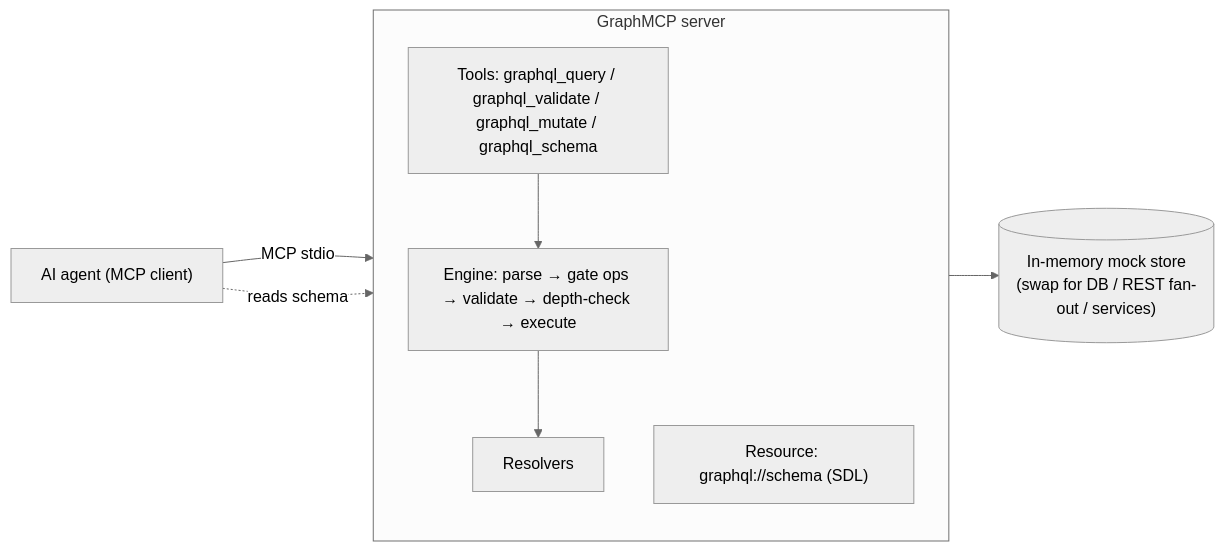
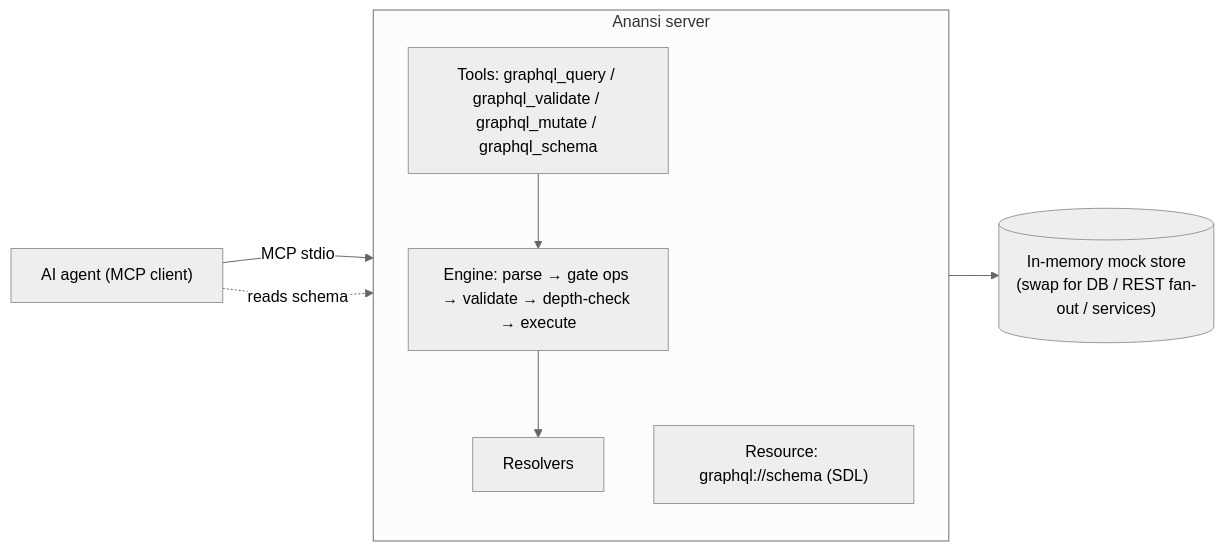
The diagram in README.md (NarglesCS/Anansi), drawn with Mermaid (neutral theme) before and after one commit. The commit also changed other lines of this file and 13 other files, not shown here.

````diff
--- a/README.md
+++ b/README.md
@@ -127,15 +150,15 @@
 ```mermaid
 flowchart LR
     Agent["AI agent (MCP client)"] -- "MCP stdio" --> Tools
 
-    subgraph GraphMCP["GraphMCP server"]
+    subgraph Anansi["Anansi server"]
         direction TB
         Tools["Tools: graphql_query / graphql_validate / graphql_mutate / graphql_schema"]
         Schema["Resource: graphql://schema (SDL)"]
         Engine["Engine: parse → gate ops → validate → depth-check → execute"]
         Resolvers["Resolvers"]
     end
 
     Tools --> Engine --> Resolvers --> Store[("In-memory mock store<br/>(swap for DB / REST fan-out / services)")]
     Agent -. "reads schema" .-> Schema
 ```
````
